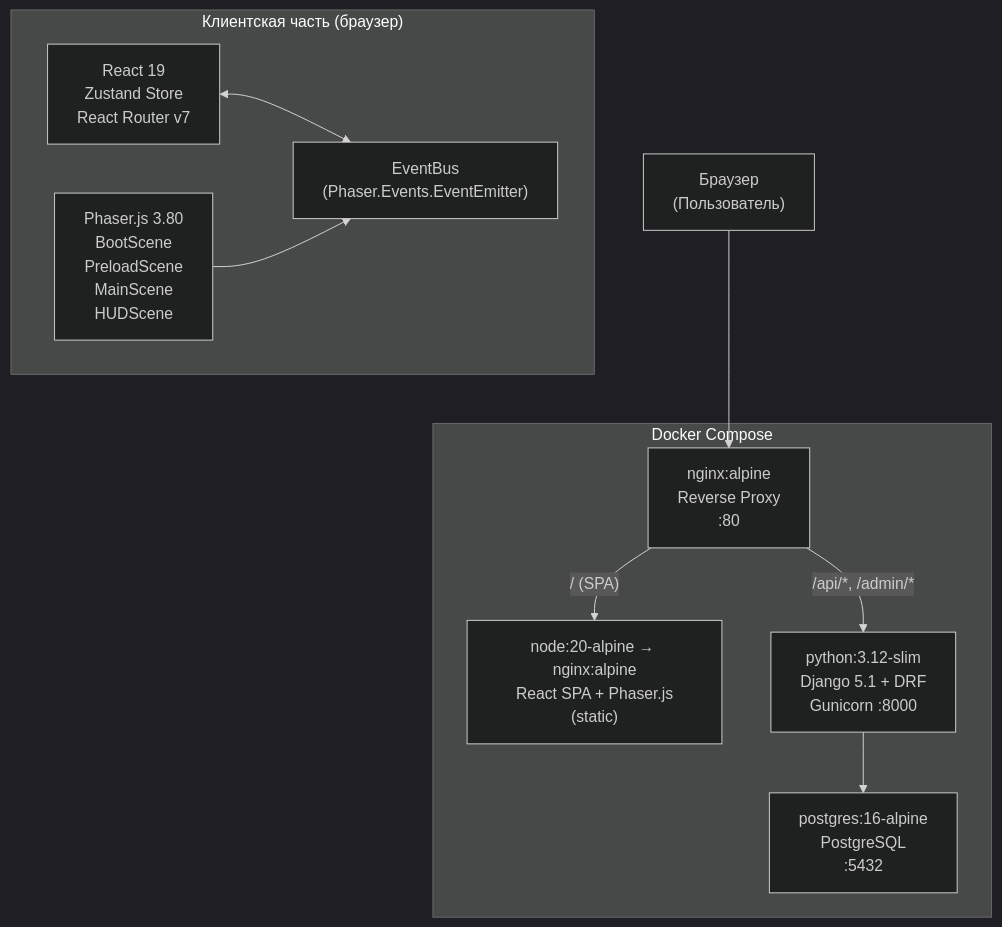
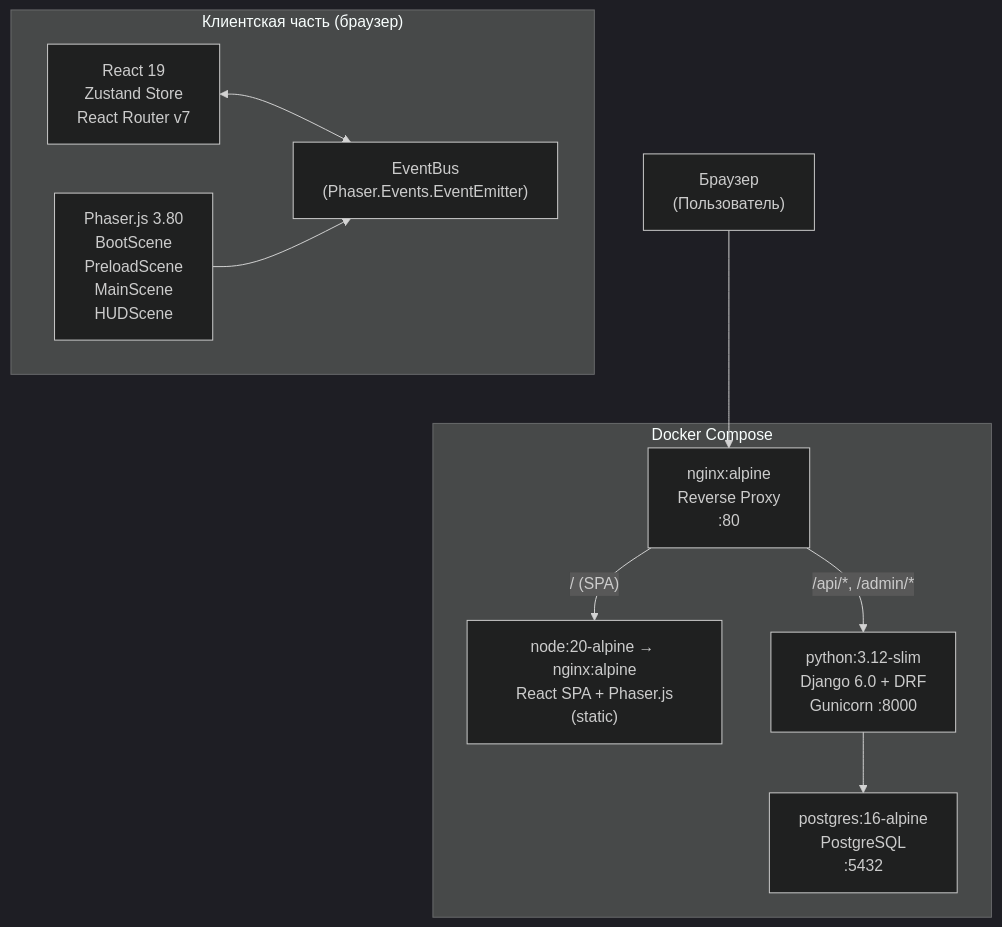
Before and after one commit to jakha921/ecogame-uz: the first of 7 diagrams in docs/vkr/chapter2_design.md, drawn with Mermaid (dark theme). The commit also changed other lines of this file and 9 other files, not shown here.

````diff
--- a/docs/vkr/chapter2_design.md
+++ b/docs/vkr/chapter2_design.md
@@ -43,23 +43,23 @@
 ```mermaid
 graph TB
     subgraph "Docker Compose"
         NGINX["nginx:alpine\nReverse Proxy\n:80"]
         FRONTEND["node:20-alpine → nginx:alpine\nReact SPA + Phaser.js\n(static)"]
-        BACKEND["python:3.12-slim\nDjango 5.1 + DRF\nGunicorn :8000"]
+        BACKEND["python:3.12-slim\nDjango 6.0 + DRF\nGunicorn :8000"]
         DB["postgres:16-alpine\nPostgreSQL\n:5432"]
     end
 
     USER["Браузер\n(Пользователь)"] --> NGINX
     NGINX -- "/api/*, /admin/*" --> BACKEND
     NGINX -- "/ (SPA)" --> FRONTEND
     BACKEND --> DB
 
     subgraph "Клиентская часть (браузер)"
         REACT["React 19\nZustand Store\nReact Router v7"]
         PHASER["Phaser.js 3.80\nBootScene\nPreloadScene\nMainScene\nHUDScene"]
         EVENTBUS["EventBus\n(Phaser.Events.EventEmitter)"]
 
         REACT <--> EVENTBUS
         PHASER --> EVENTBUS
     end
 ```
````
